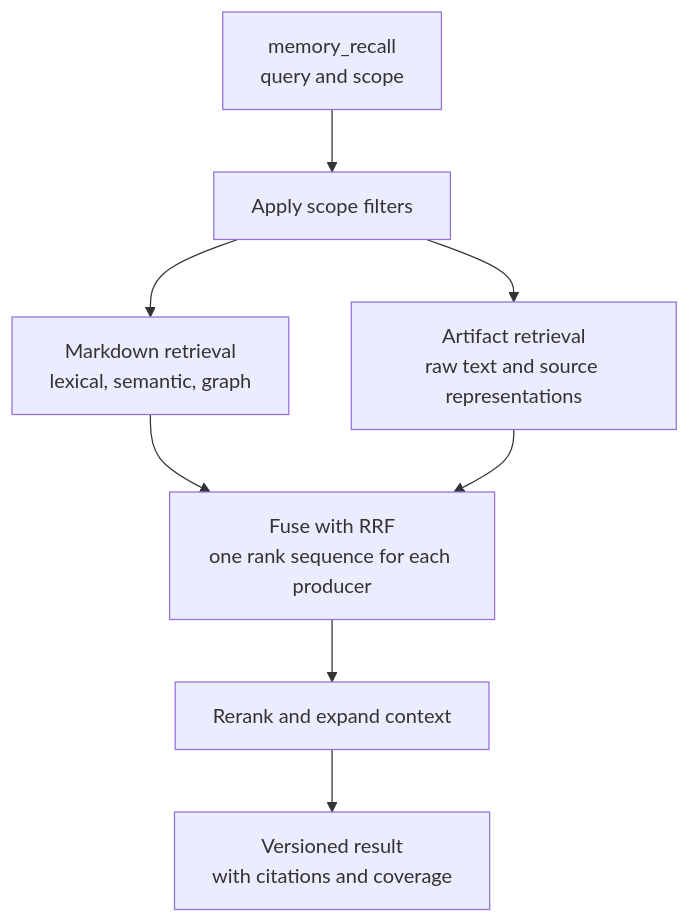
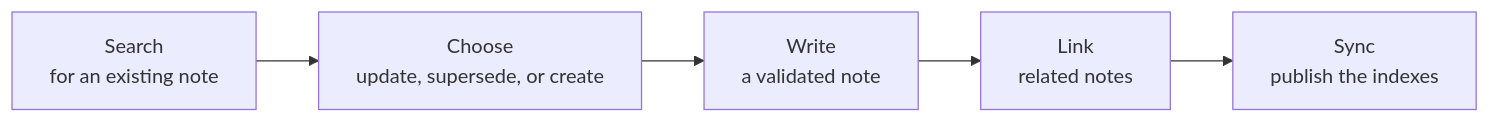
Before and after one commit to moorej2400/ai-memory-mcp: the third of 3 diagrams in README.md, drawn with Mermaid. The commit also changed other lines of this file and 2 other files, not shown here.

````diff
--- a/README.md
+++ b/README.md
@@ -95,18 +99,7 @@
 ```mermaid
-flowchart TB
-    Query["memory_recall<br/>query and scope"]
-    Scope["Apply scope filters"]
-    Md["Markdown retrieval<br/>lexical, semantic, graph"]
-    Art["Artifact retrieval<br/>raw text and source representations"]
-    Fuse["Fuse with RRF<br/>one rank sequence for each producer"]
-    Rank["Rerank and expand context"]
-    Result["Versioned result<br/>with citations and coverage"]
-
-    Query --> Scope
-    Scope --> Md
-    Scope --> Art
-    Md --> Fuse
-    Art --> Fuse
-    Fuse --> Rank
-    Rank --> Result
+flowchart LR
+    A["Search<br/>for an existing note"] --> B["Choose<br/>update, supersede, or create"]
+    B --> C["Write<br/>a validated note"]
+    C --> D["Link<br/>related notes"]
+    D --> E["Sync<br/>publish the indexes"]
 ```
````
